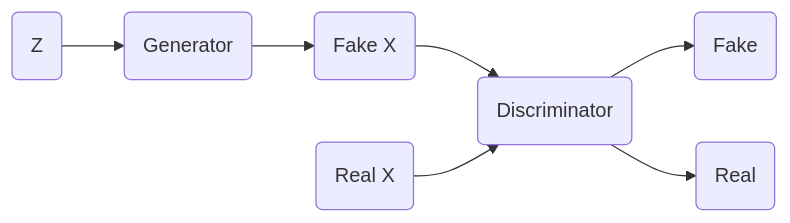
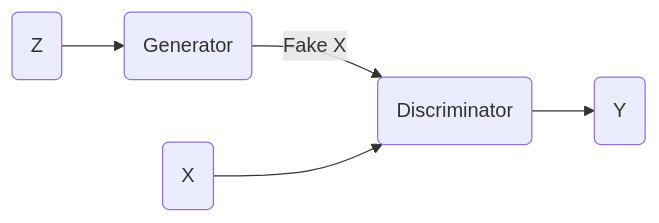
Before and after one commit to rhiga2/notes: the third of 3 diagrams in ArtificialIntelligence/DeepLearning/autoencoders.md, drawn with Mermaid. The commit also changed other lines of this file and 2 other files, not shown here.

Commit message:
Edited mermaid diagram with edge labels

````diff
--- a/ArtificialIntelligence/DeepLearning/autoencoders.md
+++ b/ArtificialIntelligence/DeepLearning/autoencoders.md
@@ -100,9 +97,7 @@
 ```mermaid
 flowchart LR
     A(Z) --> B(Generator)
-    B --> C(Fake X)
-    C --> E(Discriminator)
-    D(Real X) --> E
-    E --> F(Fake)
-    E --> G(Real)
+    B --> |Fake X| C(Discriminator)
+    D(X) --> C
+    C --> E(Y)
 ```
````
